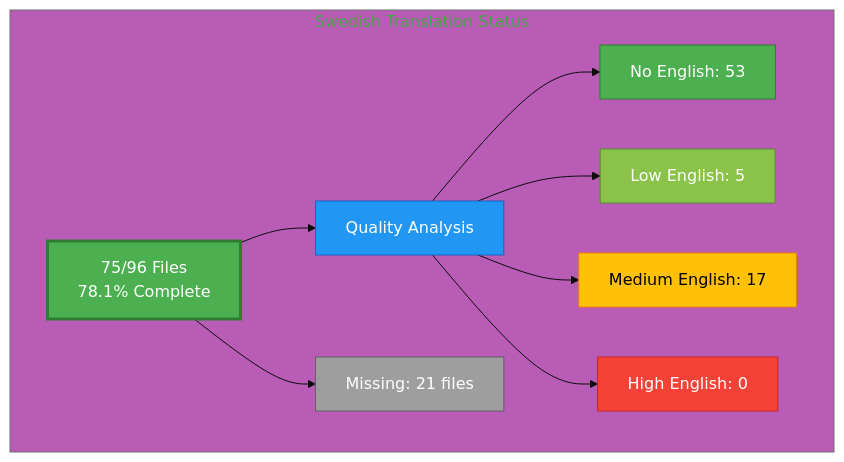
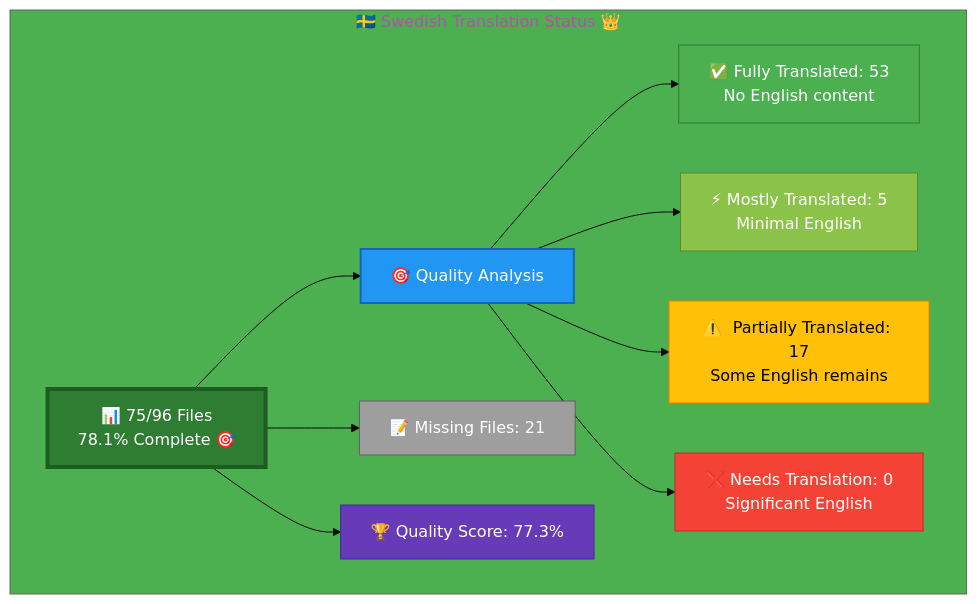
The diagram in Swedish-Translation-Status.md (Hack23/homepage), drawn with Mermaid before and after one commit. The commit also changed other lines of this file and 26 other files, not shown here.

Commit message:
Complete validation & enhancement: icons, color-coded Mermaid diagrams, accuracy verified for all 26 files

````diff
--- a/Swedish-Translation-Status.md
+++ b/Swedish-Translation-Status.md
@@ -11,22 +12,26 @@
 ```mermaid
-%%{init: {'theme':'base', 'themeVariables': { 'primaryColor':'#4CAF50'}}}%%
+%%{init: {'theme':'base', 'themeVariables': {'primaryColor':'#2E7D32','secondaryColor':'#2196F3','tertiaryColor':'#4CAF50','fontSize':'16px'}}}%%
 graph TB
-    subgraph "Swedish Translation Status"
-        A[75/96 Files<br/>78.1% Complete]
-        A --> B[Quality Analysis]
-        B --> C[No English: 53]
-        B --> D[Low English: 5]
-        B --> E[Medium English: 17]
-        B --> F[High English: 0]
+    subgraph "🇸🇪 Swedish Translation Status 👑"
+        A["📊 75/96 Files<br/>78.1% Complete 🎯"]
         
-        A --> G[Missing: 21 files]
+        A --> B["🎯 Quality Analysis"]
+        B --> C["✅ Fully Translated: 53<br/>No English content"]
+        B --> D["⚡ Mostly Translated: 5<br/>Minimal English"]
+        B --> E["⚠️  Partially Translated: 17<br/>Some English remains"]
+        B --> F["❌ Needs Translation: 0<br/>Significant English"]
         
-        style A fill:#4CAF50,stroke:#2E7D32,color:#fff,stroke-width:3px
-        style B fill:#2196F3,stroke:#1565C0,color:#fff
+        A --> G["📝 Missing Files: 21"]
+        
+        A --> H["🏆 Quality Score: 77.3%"]
+        
+        style A fill:#2E7D32,stroke:#1B5E20,color:#fff,stroke-width:4px
+        style B fill:#2196F3,stroke:#1565C0,color:#fff,stroke-width:2px
         style C fill:#4CAF50,stroke:#2E7D32,color:#fff
         style D fill:#8BC34A,stroke:#558B2F,color:#fff
         style E fill:#FFC107,stroke:#F57C00,color:#000
         style F fill:#F44336,stroke:#C62828,color:#fff
         style G fill:#9E9E9E,stroke:#616161,color:#fff
+        style H fill:#673AB7,stroke:#4527A0,color:#fff
     end
 ```
````
